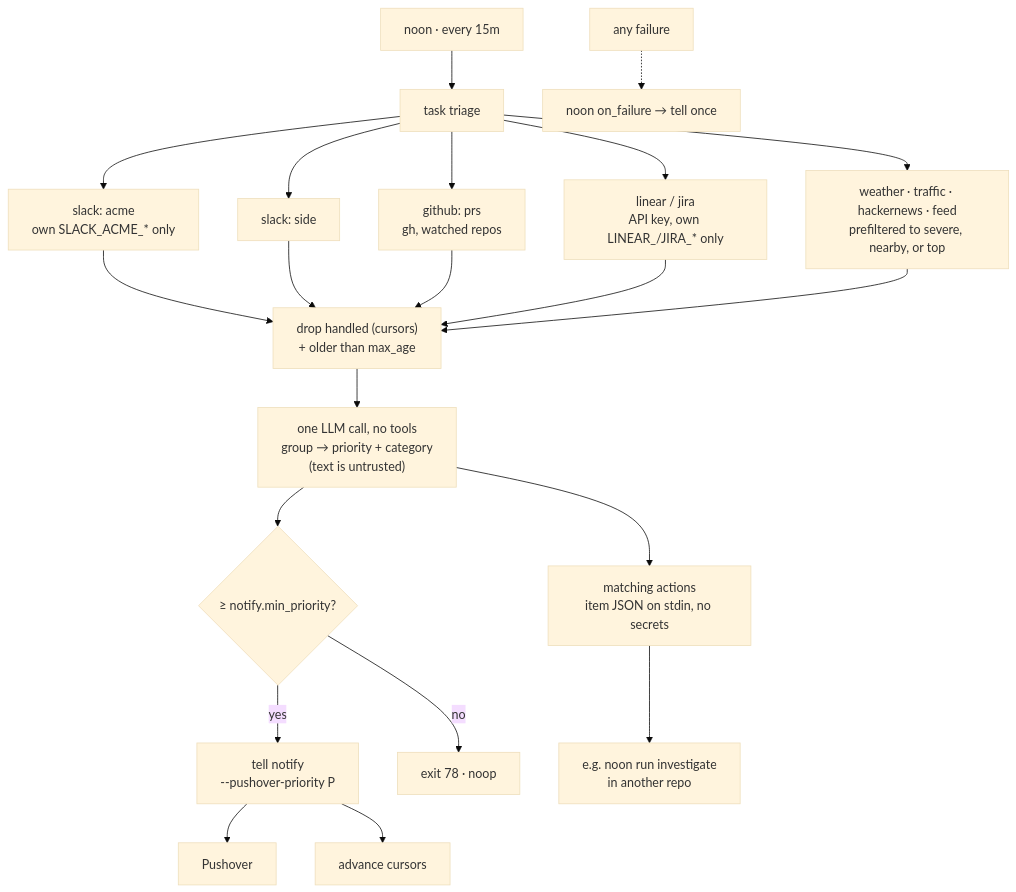
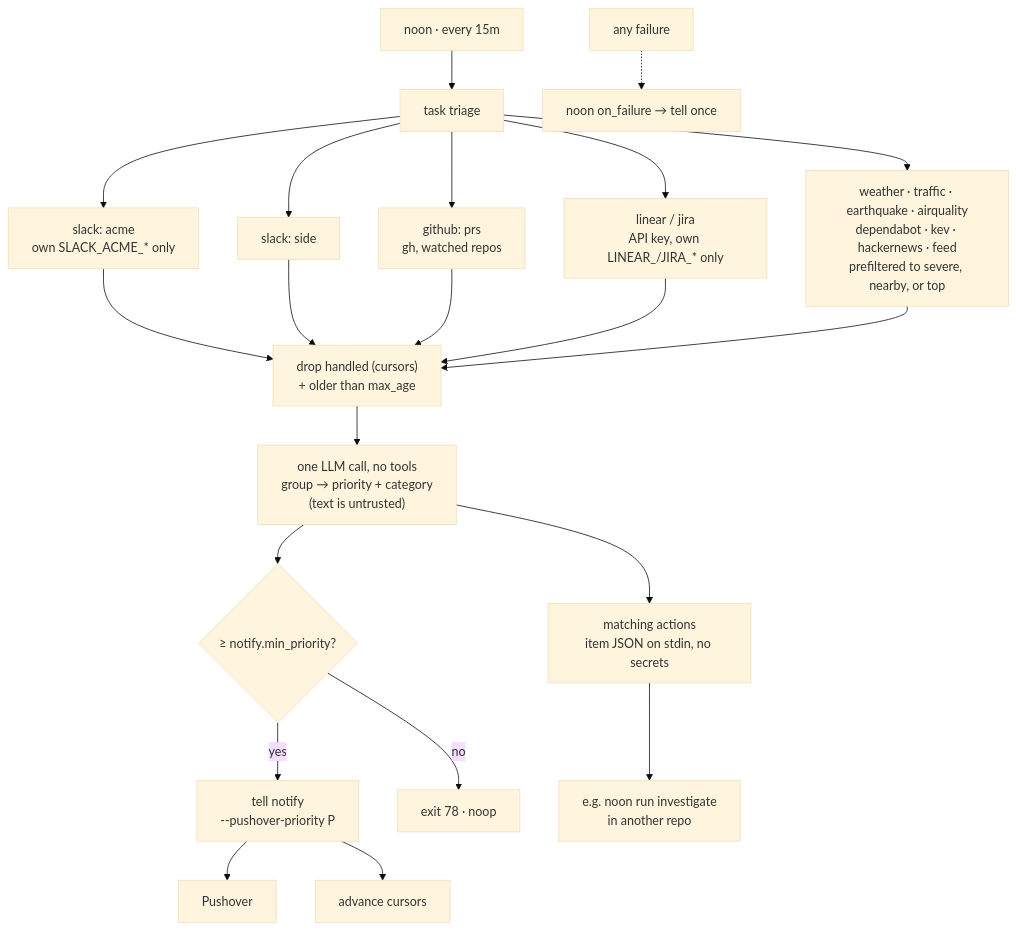
One commit to brettinternet/watch changed the diagram in README.md. Above: the diagram before and after it, drawn with Mermaid (base theme). The commit also changed other lines of this file and 12 other files, not shown here.

Commit message:
feat: add earthquake, air quality, dependabot, and kev sources

````diff
--- a/README.md
+++ b/README.md
@@ -5,18 +5,18 @@
 ```mermaid
 flowchart TD
   cron["noon · every 15m"] --> main["task triage"]
   main --> s1["slack: acme<br/>own SLACK_ACME_* only"]
   main --> s2["slack: side"]
   main --> g1["github: prs<br/>gh, watched repos"]
   main --> t1["linear / jira<br/>API key, own LINEAR_/JIRA_* only"]
-  main --> w1["weather · traffic · hackernews · feed<br/>prefiltered to severe, nearby, or top"]
+  main --> w1["weather · traffic · earthquake · airquality<br/>dependabot · kev · hackernews · feed<br/>prefiltered to severe, nearby, or top"]
   s1 & s2 & g1 & t1 & w1 --> dedupe["drop handled (cursors)<br/>+ older than max_age"]
   dedupe --> llm["one LLM call, no tools<br/>group → priority + category<br/>(text is untrusted)"]
   llm --> prio{"≥ notify.min_priority?"}
   prio -- yes --> tell["tell notify<br/>--pushover-priority P"] --> push["Pushover"]
   prio -- no --> noop["exit 78 · noop"]
   llm --> act["matching actions<br/>item JSON on stdin, no secrets"]
   act --> agent["e.g. noon run investigate<br/>in another repo"]
   tell --> cursors["advance cursors"]
   fail["any failure"] -.-> hook["noon on_failure → tell once"]
 ```
````
